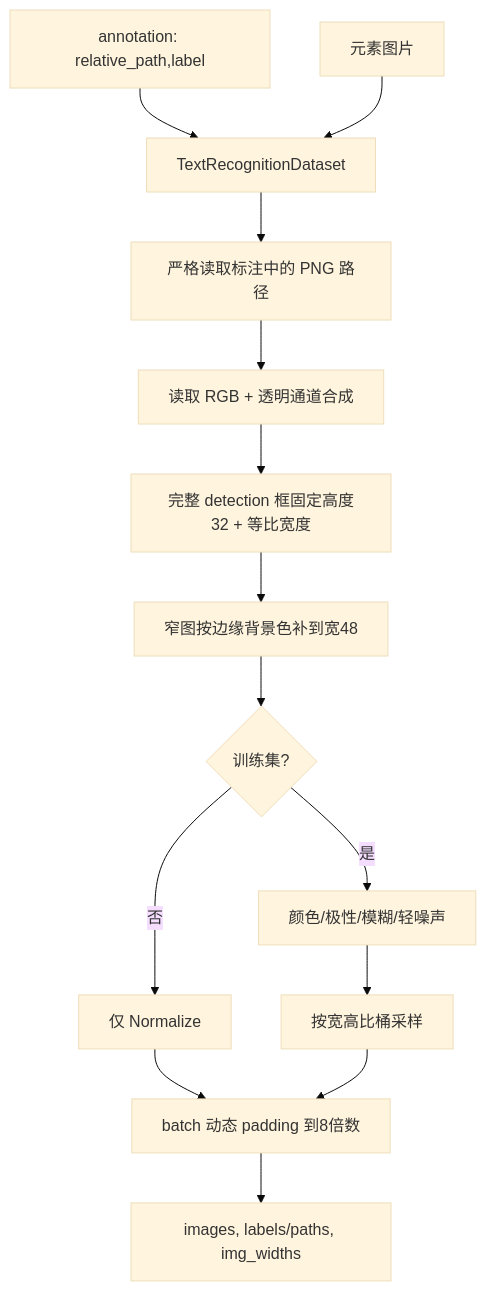
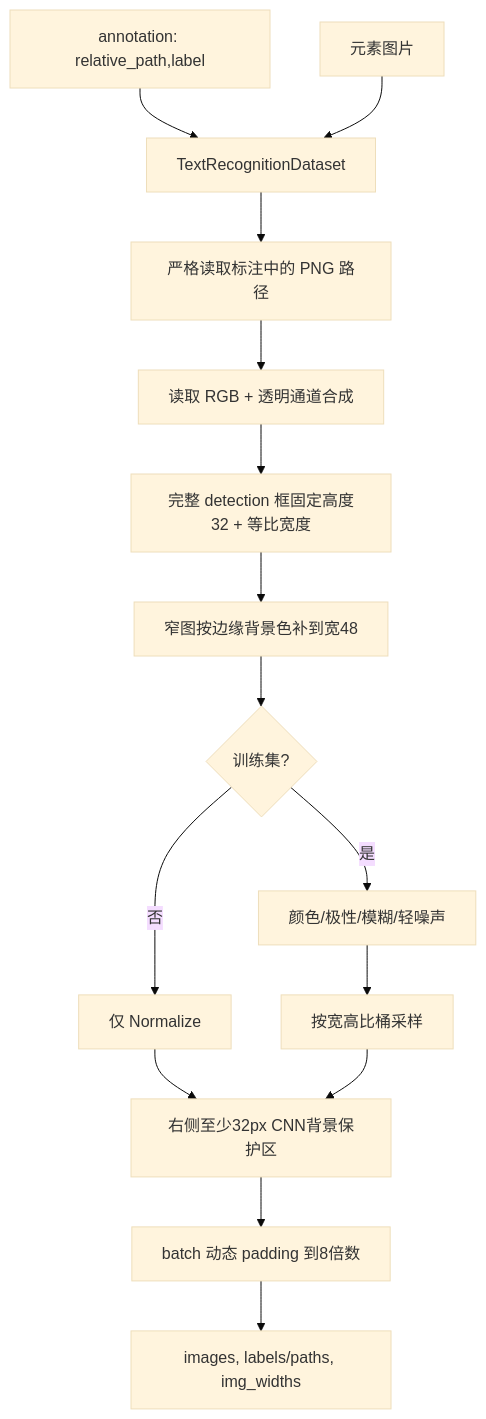
Before and after one commit to MAKENOTES/ocr-web: the first of 3 diagrams in docs/recognition.md, drawn with Mermaid (base theme). The commit also changed other lines of this file and 17 other files, not shown here.

````diff
--- a/docs/recognition.md
+++ b/docs/recognition.md
@@ -11,16 +11,17 @@
 ```mermaid
 flowchart TD
     A[annotation: relative_path,label] --> DS[TextRecognitionDataset]
     I[元素图片] --> DS
     DS --> PNG[严格读取标注中的 PNG 路径]
     PNG --> RGB[读取 RGB + 透明通道合成]
     RGB --> RESIZE[完整 detection 框固定高度32 + 等比宽度]
     RESIZE --> MINW[窄图按边缘背景色补到宽48]
     MINW --> AUG{训练集?}
     AUG -->|是| TA[颜色/极性/模糊/轻噪声]
     AUG -->|否| NORM[仅 Normalize]
     TA --> BUCKET[按宽高比桶采样]
-    NORM --> PAD[batch 动态 padding 到8倍数]
-    BUCKET --> PAD
+    NORM --> CTX[右侧至少32px CNN背景保护区]
+    BUCKET --> CTX
+    CTX --> PAD[batch 动态 padding 到8倍数]
     PAD --> OUT[images, labels/paths, img_widths]
 ```
````
